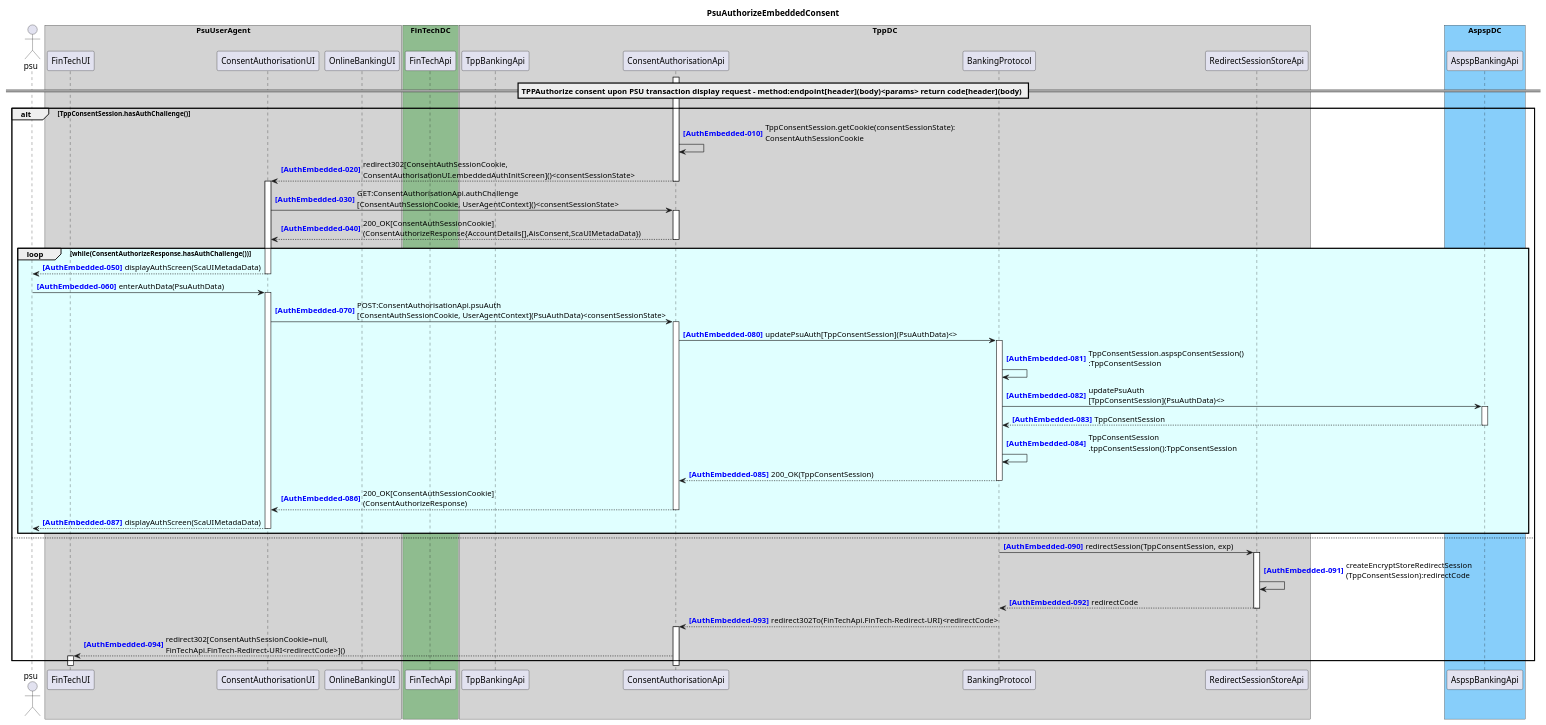
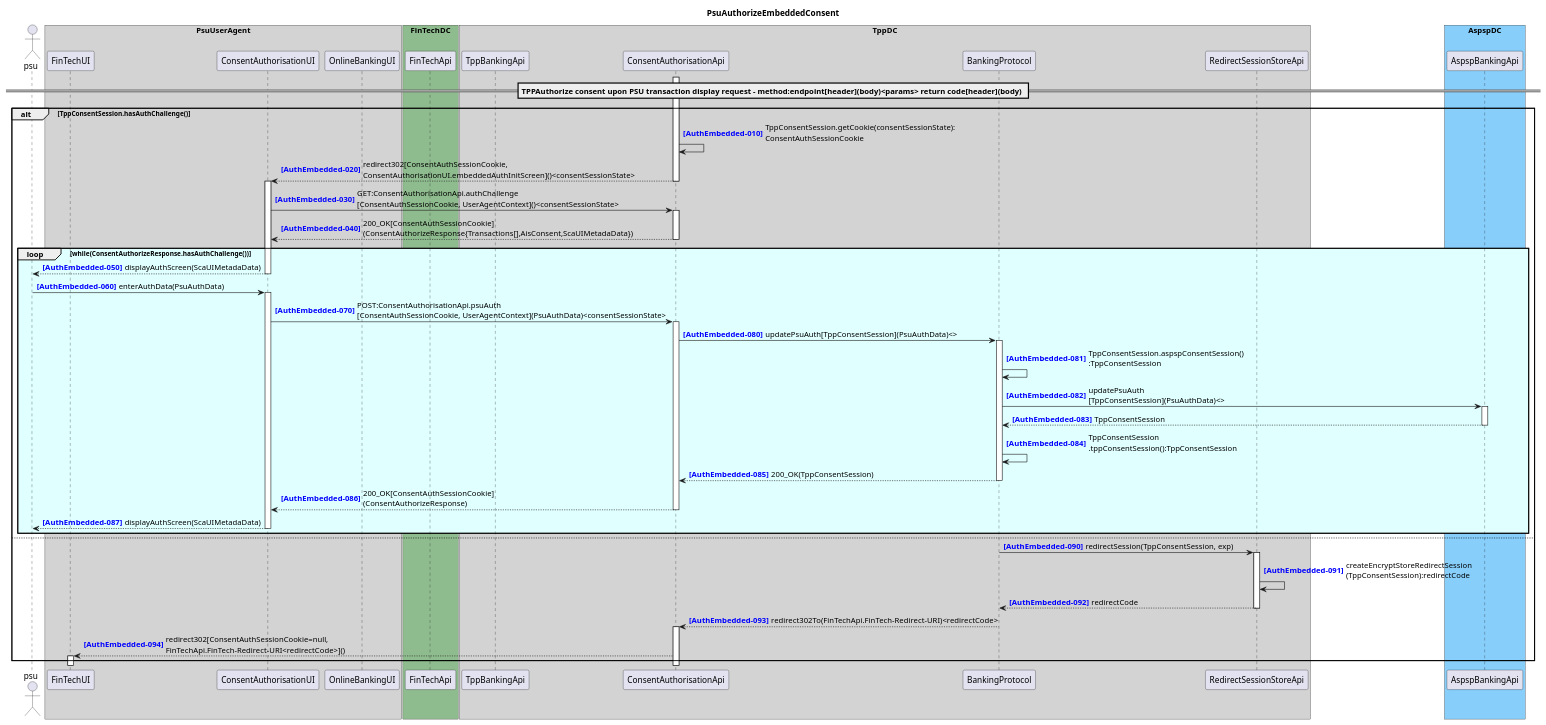
The diagram in docs/architecture/diagrams/useCases/5a-psuAuthEmbeddedConsent.puml (adorsys/open-banking-gateway), drawn with PlantUML before and after one commit. The commit also changed 7 other files, not shown here.

```diff
--- a/docs/architecture/diagrams/useCases/5a-psuAuthEmbeddedConsent.puml
+++ b/docs/architecture/diagrams/useCases/5a-psuAuthEmbeddedConsent.puml
@@ -1,59 +1,59 @@
 @startuml PsuAuthorizeEmbeddedConsent
 title PsuAuthorizeEmbeddedConsent
 autonumber 10 10 "<b><color blue>[AuthEmbedded-000]</color></b>"
 actor psu
 
 box "PsuUserAgent" #LightGray
     participant "FinTechUI" as FinTechUI
     participant "ConsentAuthorisationUI" as ConsentAuthorisationUI
     participant "OnlineBankingUI" as OnlineBankingUI
 end box
 box "FinTechDC" #DarkSeaGreen
     participant "FinTechApi" as FinTechApi
 end box
 box "TppDC" #LightGray
     participant "TppBankingApi" as TppBankingApi
     'participant "TppBankSearchApi" as TppBankSearchApi
     participant "ConsentAuthorisationApi" as ConsentAuthorisationApi
 
     participant "BankingProtocol" as BankingProtocol
     participant "RedirectSessionStoreApi" as RedirectSessionStoreApi
 end box
 box "AspspDC" #LightSkyBlue
 	participant "AspspBankingApi" as AspspBankingApi
     'participant "OnlineBankingApi" as OnlineBankingApi
 end box
 == TPPAuthorize consent upon PSU transaction display request - method:endpoint[header](body)<params> return code[header](body) ==
 activate ConsentAuthorisationApi
 alt TppConsentSession.hasAuthChallenge()
 ConsentAuthorisationApi -> ConsentAuthorisationApi : TppConsentSession.getCookie(consentSessionState):\nConsentAuthSessionCookie
 ConsentAuthorisationApi --> ConsentAuthorisationUI : redirect302[ConsentAuthSessionCookie,\nConsentAuthorisationUI.embeddedAuthInitScreen]()<consentSessionState>
 deactivate ConsentAuthorisationApi
 activate ConsentAuthorisationUI
 ConsentAuthorisationUI -> ConsentAuthorisationApi ++ : GET:ConsentAuthorisationApi.authChallenge\n[ConsentAuthSessionCookie, UserAgentContext]()<consentSessionState>
-return 200_OK[ConsentAuthSessionCookie]\n(ConsentAuthorizeResponse{AccountDetails[],AisConsent,ScaUIMetadaData})
+return 200_OK[ConsentAuthSessionCookie]\n(ConsentAuthorizeResponse{Transactions[],AisConsent,ScaUIMetadaData})
 loop #LightCyan while(ConsentAuthorizeResponse.hasAuthChallenge())
     ConsentAuthorisationUI --> psu : displayAuthScreen(ScaUIMetadaData)
     deactivate ConsentAuthorisationUI
     psu -> ConsentAuthorisationUI ++ : enterAuthData(PsuAuthData)
     ConsentAuthorisationUI -> ConsentAuthorisationApi ++ : POST:ConsentAuthorisationApi.psuAuth\n[ConsentAuthSessionCookie, UserAgentContext](PsuAuthData)<consentSessionState>
     autonumber 80 1 "<b><color blue>[AuthEmbedded-000]</color></b>"
     ConsentAuthorisationApi -> BankingProtocol ++ : updatePsuAuth[TppConsentSession](PsuAuthData)<>
     BankingProtocol -> BankingProtocol : TppConsentSession.aspspConsentSession()\n:TppConsentSession
     BankingProtocol -> AspspBankingApi ++ : updatePsuAuth\n[TppConsentSession](PsuAuthData)<>
     return TppConsentSession
     BankingProtocol -> BankingProtocol : TppConsentSession\n.tppConsentSession():TppConsentSession
     return 200_OK(TppConsentSession)
     return 200_OK[ConsentAuthSessionCookie]\n(ConsentAuthorizeResponse)
     return displayAuthScreen(ScaUIMetadaData)
 end
 else
 autonumber 90 1 "<b><color blue>[AuthEmbedded-000]</color></b>"
 activate BankingProtocol
 BankingProtocol -> RedirectSessionStoreApi ++ : redirectSession(TppConsentSession, exp)
 RedirectSessionStoreApi -> RedirectSessionStoreApi : createEncryptStoreRedirectSession\n(TppConsentSession):redirectCode
 return redirectCode
 BankingProtocol --> ConsentAuthorisationApi ++ : redirect302To(FinTechApi.FinTech-Redirect-URI)<redirectCode>
 ConsentAuthorisationApi --> FinTechUI ++ : redirect302[ConsentAuthSessionCookie=null,\nFinTechApi.FinTech-Redirect-URI<redirectCode>]()
 end
 @enduml
```
